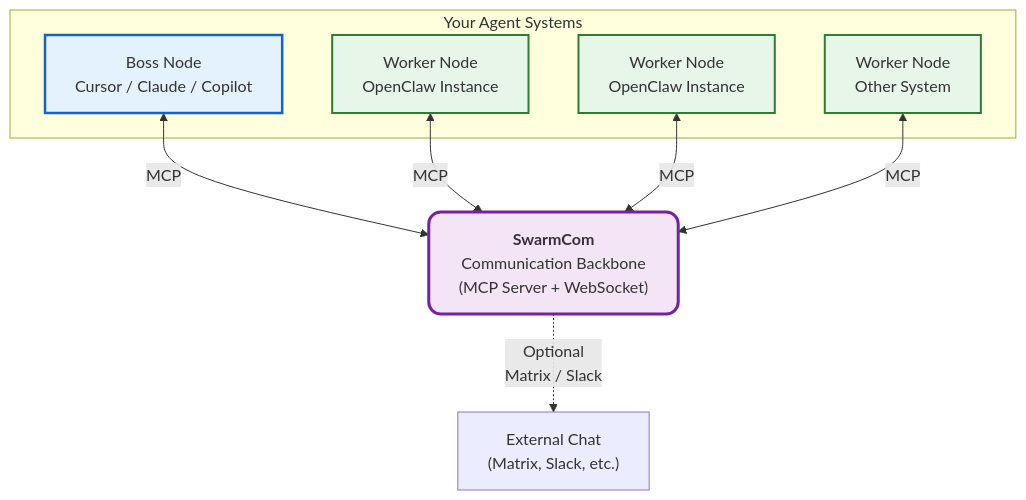
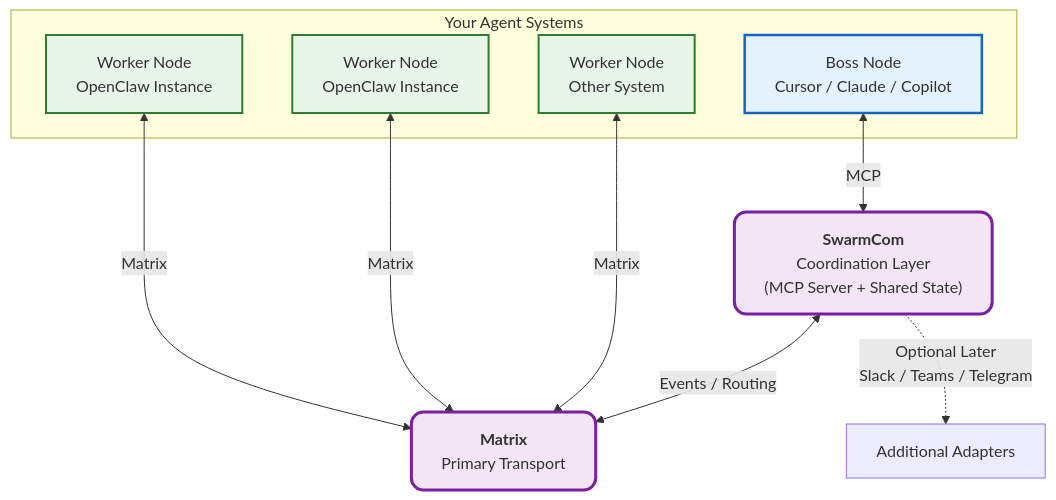
The diagram in README.md (sebringj/swarmcom), drawn with Mermaid before and after one commit. The commit also changed other lines of this file and 34 other files, not shown here.

````diff
--- a/README.md
+++ b/README.md
@@ -36,26 +151,28 @@
 ```mermaid
 flowchart TD
     %% Styling definitions
     classDef swarm fill:#f3e5f5,stroke:#7b1fa2,stroke-width:3px,rx:12,ry:12
     classDef boss fill:#e3f2fd,stroke:#1565c0,stroke-width:2.5px
     classDef worker fill:#e8f5e9,stroke:#2e7d32,stroke-width:2px
 
     %% Main Components
-    SwarmCom["<b>SwarmCom</b><br/>Communication Backbone<br/>(MCP Server + WebSocket)"]:::swarm
+    SwarmCom["<b>SwarmCom</b><br/>Coordination Layer<br/>(MCP Server + Shared State)"]:::swarm
+    Matrix["<b>Matrix</b><br/>Primary Transport"]:::swarm
 
     subgraph "Your Agent Systems"
         Boss["Boss Node<br/>Cursor / Claude / Copilot"]:::boss
         Worker1["Worker Node<br/>OpenClaw Instance"]:::worker
         Worker2["Worker Node<br/>OpenClaw Instance"]:::worker
         Worker3["Worker Node<br/>Other System"]:::worker
     end
 
     %% Connections
     Boss <-->|MCP| SwarmCom
-    Worker1 <-->|MCP| SwarmCom
-    Worker2 <-->|MCP| SwarmCom
-    Worker3 <-->|MCP| SwarmCom
+    Worker1 <-->|Matrix| Matrix
+    Worker2 <-->|Matrix| Matrix
+    Worker3 <-->|Matrix| Matrix
+    SwarmCom <-->|Events / Routing| Matrix
 
     %% Optional external transport
-    SwarmCom -.->|"Optional"<br/>Matrix / Slack| External["External Chat<br/>(Matrix, Slack, etc.)"]
+    SwarmCom -.->|"Optional Later"<br/>Slack / Teams / Telegram| External["Additional Adapters"]
 ```
````
